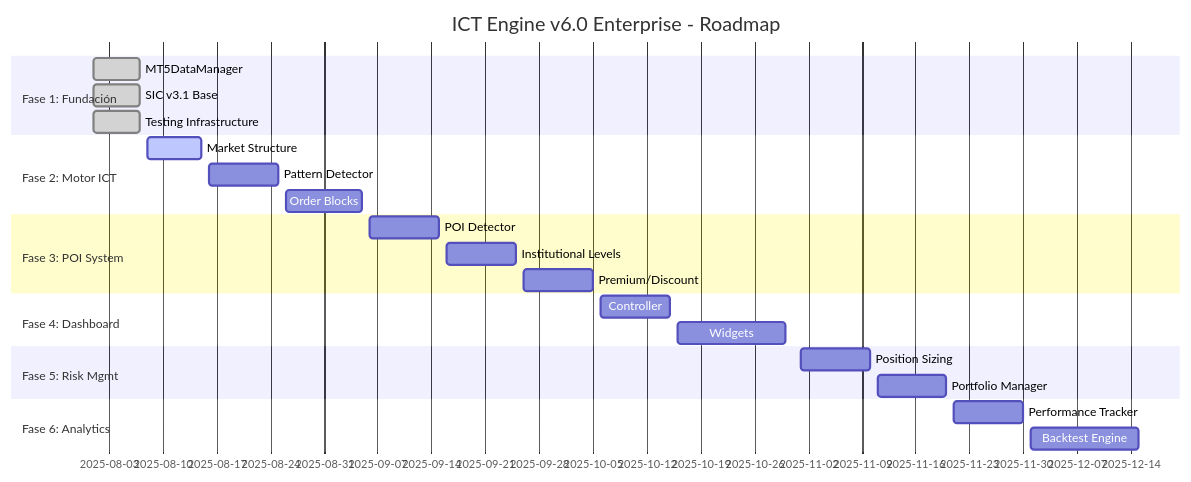
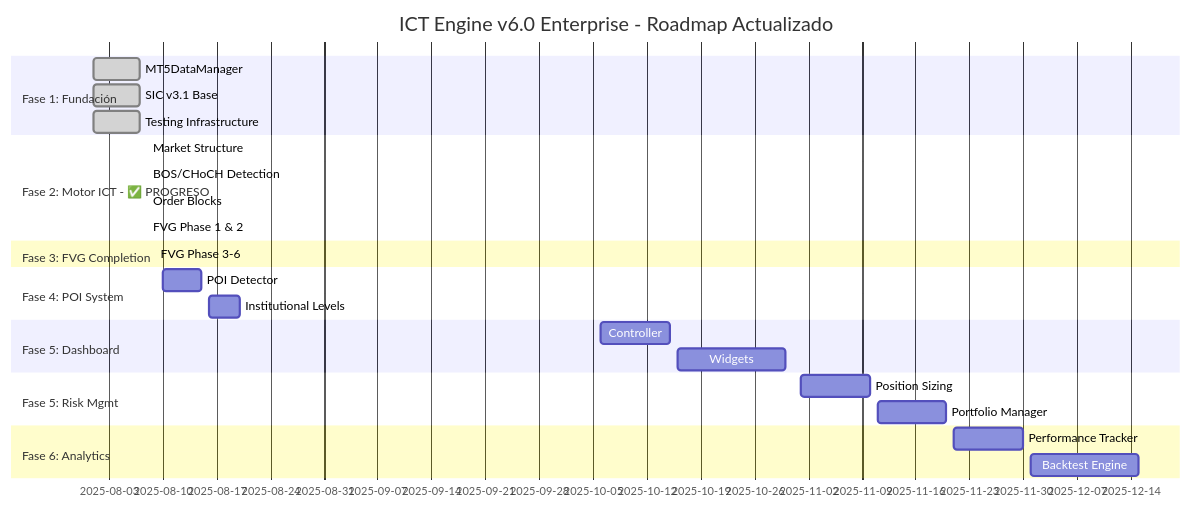
One commit to vjack666/ict-engine-v5 changed the diagram in ict-engine-v6.0-enterprise-sic/docs/02-architecture/roadmap_v6.md. Above: the diagram before and after it, drawn with Mermaid. The commit also changed other lines of this file and 18 other files, not shown here.

````diff
--- a/ict-engine-v6.0-enterprise-sic/docs/02-architecture/roadmap_v6.md
+++ b/ict-engine-v6.0-enterprise-sic/docs/02-architecture/roadmap_v6.md
@@ -11,31 +12,34 @@
 ```mermaid
 gantt
-    title ICT Engine v6.0 Enterprise - Roadmap
+    title ICT Engine v6.0 Enterprise - Roadmap Actualizado
     dateFormat  YYYY-MM-DD
     section Fase 1: Fundación
     MT5DataManager           :done, des1, 2025-08-01, 2025-08-07
     SIC v3.1 Base           :done, des2, 2025-08-01, 2025-08-07
     Testing Infrastructure  :done, des3, 2025-08-01, 2025-08-07
     
-    section Fase 2: Motor ICT
-    Market Structure        :active, des4, 2025-08-08, 2025-08-15
-    Pattern Detector        :des5, 2025-08-16, 2025-08-25
-    Order Blocks           :des6, 2025-08-26, 2025-09-05
+    section Fase 2: Motor ICT - ✅ PROGRESO
+    Market Structure        :done, des4, 2025-08-08, 2025-08-08
+    BOS/CHoCH Detection     :done, des5, 2025-08-08, 2025-08-08
+    Order Blocks           :done, des6, 2025-08-08, 2025-08-08
+    FVG Phase 1 & 2        :done, des7, 2025-08-08, 2025-08-08
     
-    section Fase 3: POI System
-    POI Detector           :des7, 2025-09-06, 2025-09-15
-    Institutional Levels   :des8, 2025-09-16, 2025-09-25
-    Premium/Discount       :des9, 2025-09-26, 2025-10-05
+    section Fase 3: FVG Completion
+    FVG Phase 3-6          :active, des8, 2025-08-09, 2025-08-09
     
-    section Fase 4: Dashboard
+    section Fase 4: POI System
+    POI Detector           :des9, 2025-08-10, 2025-08-15
+    Institutional Levels   :des10, 2025-08-16, 2025-08-20
+    
+    section Fase 5: Dashboard
     Controller             :des10, 2025-10-06, 2025-10-15
     Widgets                :des11, 2025-10-16, 2025-10-30
     
     section Fase 5: Risk Mgmt
     Position Sizing        :des12, 2025-11-01, 2025-11-10
     Portfolio Manager      :des13, 2025-11-11, 2025-11-20
     
     section Fase 6: Analytics
     Performance Tracker    :des14, 2025-11-21, 2025-11-30
     Backtest Engine        :des15, 2025-12-01, 2025-12-15
 ```
````
